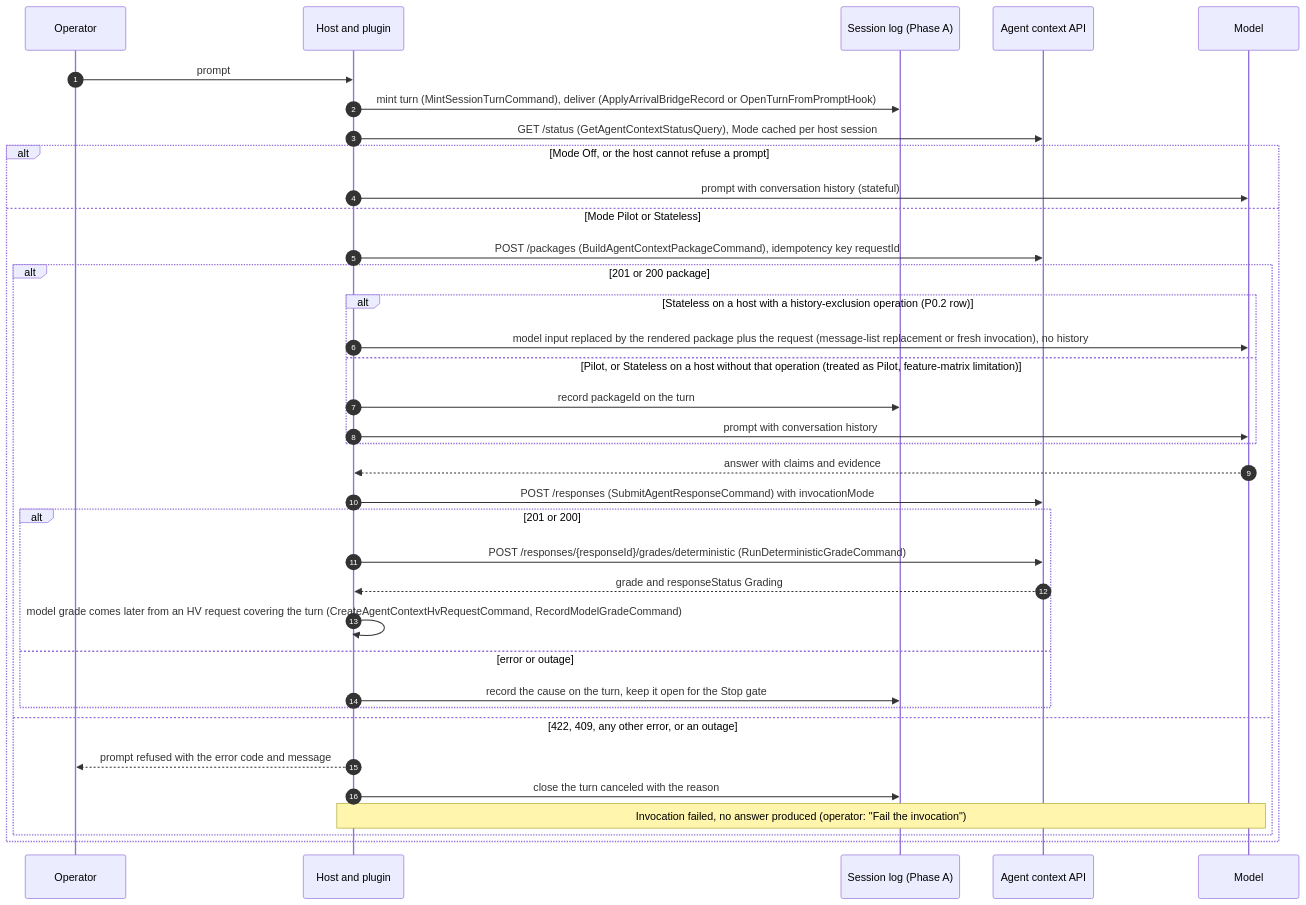
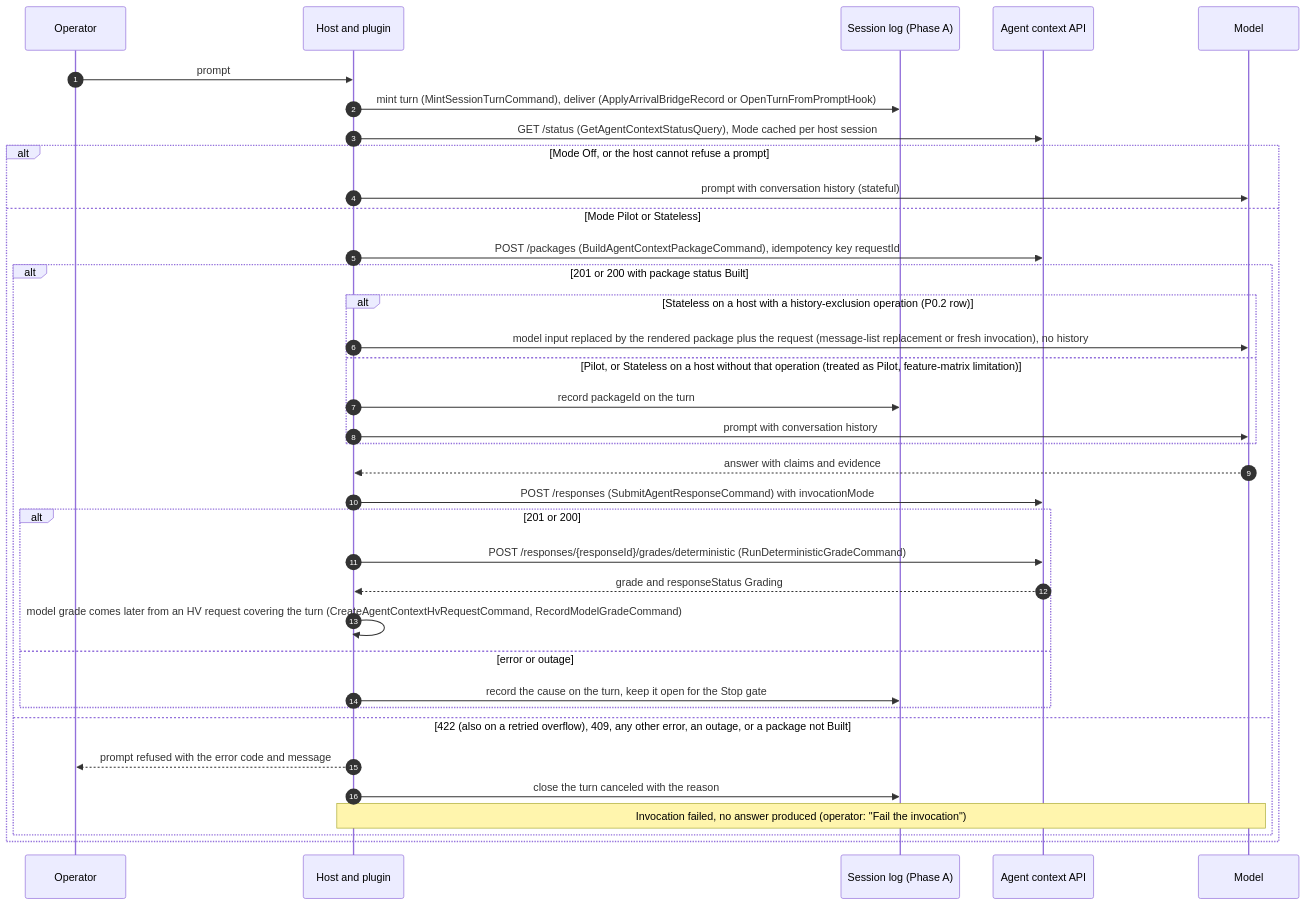
Diagram 45 of 59 in docs/Stateless-Agent-Context-Management.md (sharpninja/McpServer), drawn with Mermaid before and after one commit. The commit also changed other lines of this file and 2 other files, not shown here.

````diff
--- a/docs/Stateless-Agent-Context-Management.md
+++ b/docs/Stateless-Agent-Context-Management.md
@@ -1562,38 +1602,38 @@
 ```mermaid
 sequenceDiagram
     autonumber
     participant OP as Operator
     participant H as Host and plugin
     participant SL as Session log (Phase A)
     participant AC as Agent context API
     participant M as Model
     OP->>H: prompt
     H->>SL: mint turn (MintSessionTurnCommand), deliver (ApplyArrivalBridgeRecord or OpenTurnFromPromptHook)
     H->>AC: GET /status (GetAgentContextStatusQuery), Mode cached per host session
     alt Mode Off, or the host cannot refuse a prompt
         H->>M: prompt with conversation history (stateful)
     else Mode Pilot or Stateless
         H->>AC: POST /packages (BuildAgentContextPackageCommand), idempotency key requestId
-        alt 201 or 200 package
+        alt 201 or 200 with package status Built
             alt Stateless on a host with a history-exclusion operation (P0.2 row)
                 H->>M: model input replaced by the rendered package plus the request (message-list replacement or fresh invocation), no history
             else Pilot, or Stateless on a host without that operation (treated as Pilot, feature-matrix limitation)
                 H->>SL: record packageId on the turn
                 H->>M: prompt with conversation history
             end
             M-->>H: answer with claims and evidence
             H->>AC: POST /responses (SubmitAgentResponseCommand) with invocationMode
             alt 201 or 200
                 H->>AC: POST /responses/{responseId}/grades/deterministic (RunDeterministicGradeCommand)
                 AC-->>H: grade and responseStatus Grading
                 H->>H: model grade comes later from an HV request covering the turn (CreateAgentContextHvRequestCommand, RecordModelGradeCommand)
             else error or outage
                 H->>SL: record the cause on the turn, keep it open for the Stop gate
             end
-        else 422, 409, any other error, or an outage
+        else 422 (also on a retried overflow), 409, any other error, an outage, or a package not Built
             H-->>OP: prompt refused with the error code and message
             H->>SL: close the turn canceled with the reason
             Note over H,M: Invocation failed, no answer produced (operator: "Fail the invocation")
         end
     end
 ```
````
